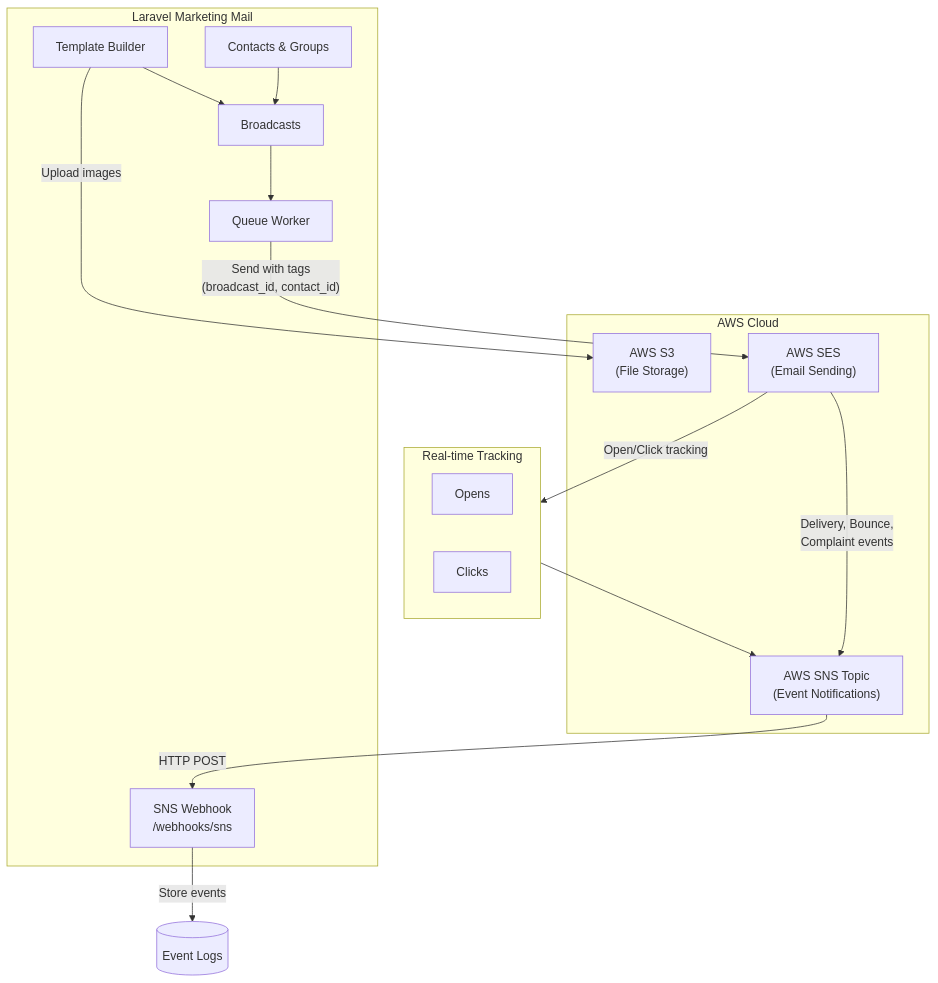
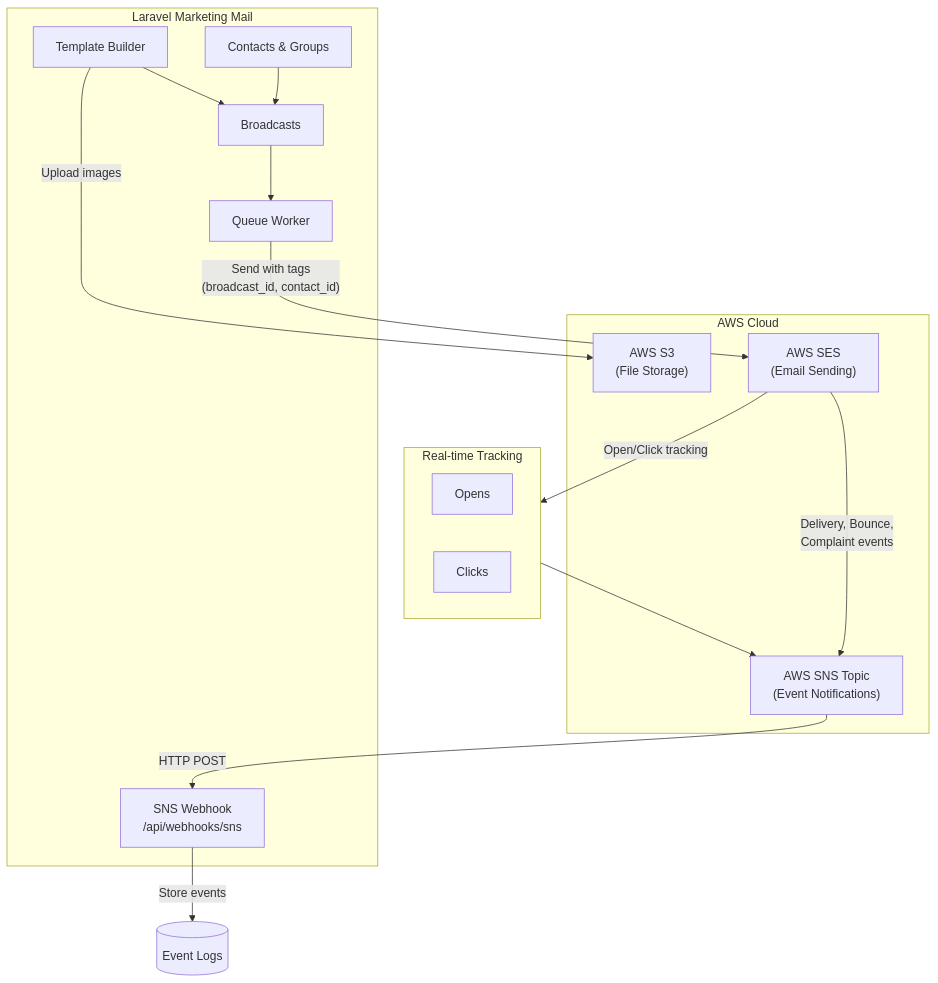
The diagram in README.md (JuniYadi/laravel-email-marketing), drawn with Mermaid before and after one commit. The commit also changed other lines of this file, not shown here.

Commit message:
docs: update SNS webhook URL to use /api prefix

````diff
--- a/README.md
+++ b/README.md
@@ -56,34 +56,34 @@
 ```mermaid
 flowchart TB
     subgraph App["Laravel Marketing Mail"]
         Contacts["Contacts & Groups"]
         Templates["Template Builder"]
         Broadcasts["Broadcasts"]
         Queue["Queue Worker"]
-        Webhook["SNS Webhook<br/>/webhooks/sns"]
+        Webhook["SNS Webhook<br/>/api/webhooks/sns"]
     end
 
     subgraph AWS["AWS Cloud"]
         S3["AWS S3<br/>(File Storage)"]
         SES["AWS SES<br/>(Email Sending)"]
         SNS["AWS SNS Topic<br/>(Event Notifications)"]
     end
 
     Contacts --> Broadcasts
     Templates -->|"Upload images"| S3
     Templates --> Broadcasts
     Broadcasts --> Queue
     Queue -->|"Send with tags<br/>(broadcast_id, contact_id)"| SES
 
     SES -->|"Delivery, Bounce,<br/>Complaint events"| SNS
     SNS -->|"HTTP POST"| Webhook
     Webhook -->|"Store events"| EventsDB[("Event Logs")]
 
     subgraph Tracking["Real-time Tracking"]
         Opens["Opens"]
         Clicks["Clicks"]
     end
 
     SES -->|"Open/Click tracking"| Tracking
     Tracking --> SNS
 ```
````
